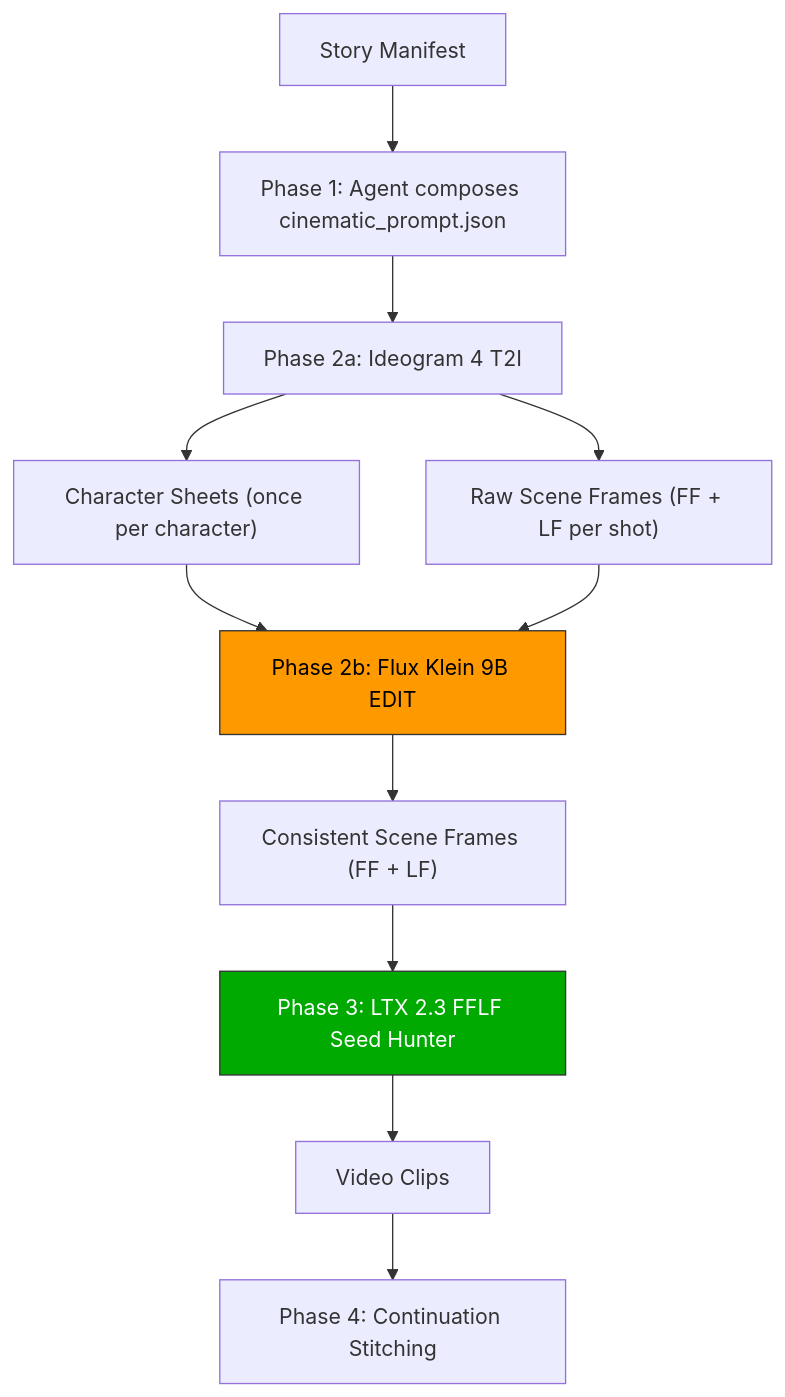
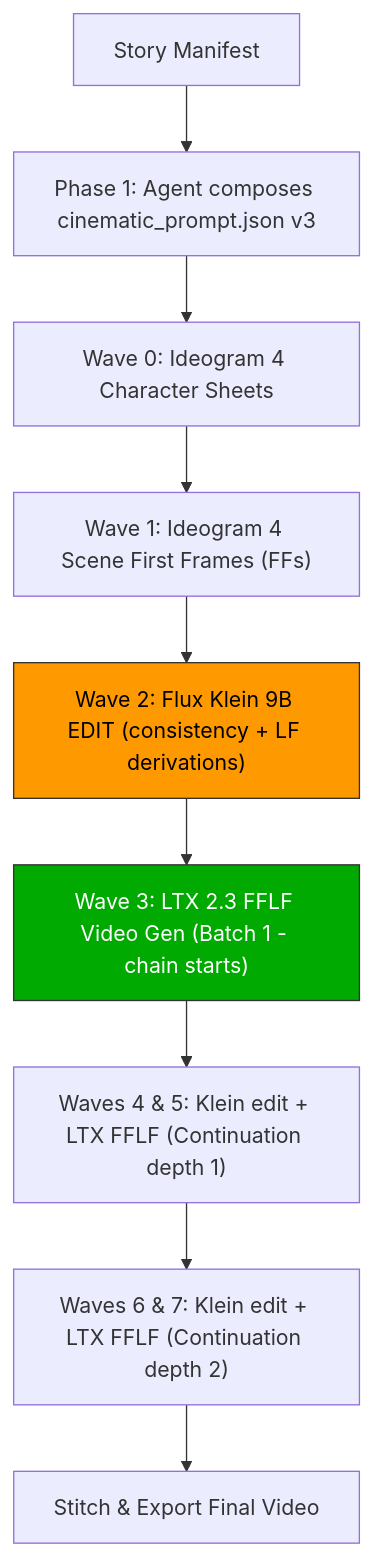
Before and after one commit to muneesraja/auto-startups-vast: the diagram in current-setup/skills/story-to-video-cinematic/SKILL.md, drawn with Mermaid. The commit also changed other lines of this file and 20 other files, not shown here.

Commit message:
feat: complete V2 rewrite of cinematic pipeline with batch-wave orchestrator

````diff
--- a/current-setup/skills/story-to-video-cinematic/SKILL.md
+++ b/current-setup/skills/story-to-video-cinematic/SKILL.md
@@ -18,16 +18,14 @@
 ```mermaid
 graph TD
-    A[Story Manifest] --> B["Phase 1: Agent composes cinematic_prompt.json"]
-    B --> C["Phase 2a: Ideogram 4 T2I"]
-    C --> D["Character Sheets (once per character)"]
-    C --> E["Raw Scene Frames (FF + LF per shot)"]
-    D --> F["Phase 2b: Flux Klein 9B EDIT"]
-    E --> F
-    F --> G["Consistent Scene Frames (FF + LF)"]
-    G --> H["Phase 3: LTX 2.3 FFLF Seed Hunter"]
-    H --> I[Video Clips]
-    I --> J["Phase 4: Continuation Stitching"]
+    A[Story Manifest] --> B["Phase 1: Agent composes cinematic_prompt.json v3"]
+    B --> C["Wave 0: Ideogram 4 Character Sheets"]
+    C --> D["Wave 1: Ideogram 4 Scene First Frames (FFs)"]
+    D --> E["Wave 2: Flux Klein 9B EDIT (consistency + LF derivations)"]
+    E --> F["Wave 3: LTX 2.3 FFLF Video Gen (Batch 1 - chain starts)"]
+    F --> G["Waves 4 & 5: Klein edit + LTX FFLF (Continuation depth 1)"]
+    G --> H["Waves 6 & 7: Klein edit + LTX FFLF (Continuation depth 2)"]
+    H --> I["Stitch & Export Final Video"]
     
-    style F fill:#ff9900,stroke:#333,color:#000
-    style H fill:#00aa00,stroke:#333,color:#fff
+    style E fill:#ff9900,stroke:#333,color:#000
+    style F fill:#00aa00,stroke:#333,color:#fff
 ```
````
